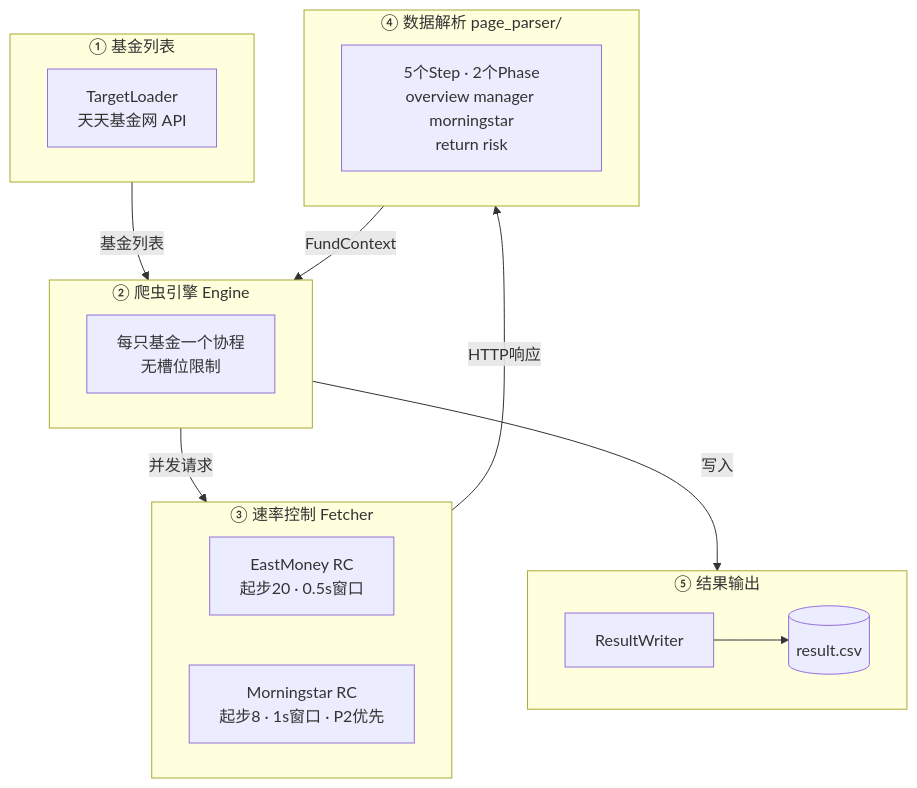
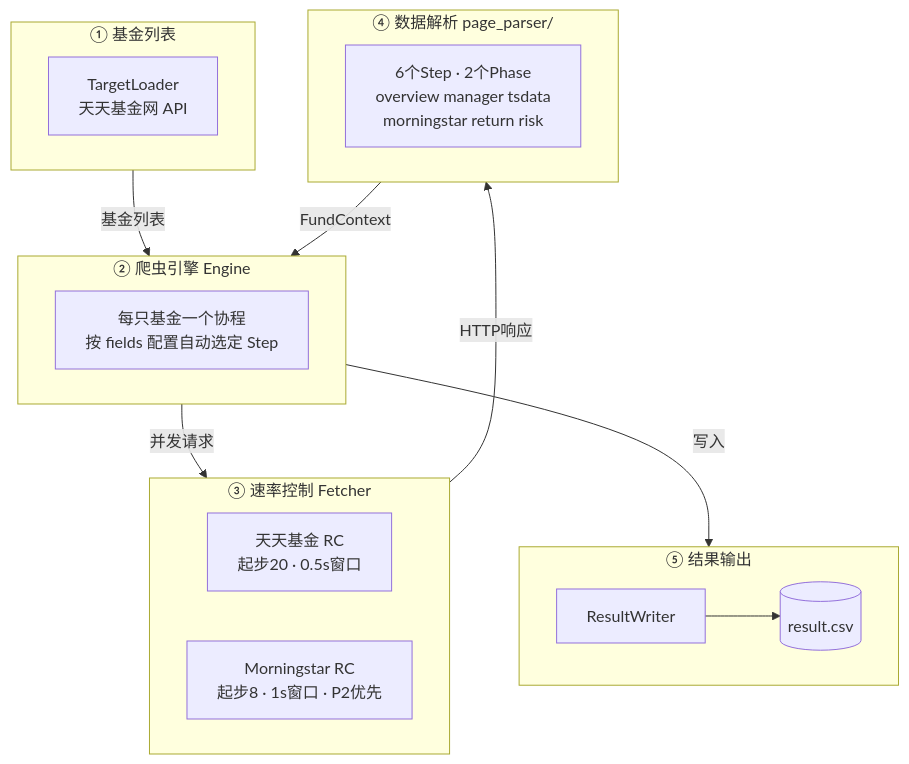
One commit to Jerry1014/FundCrawler changed the first of 2 diagrams in README.md. Above: the diagram before and after it, drawn with Mermaid. The commit also changed other lines of this file and 8 other files, not shown here.

Commit message:
rename: EastMoney/东方财富 -> Tiantian/天天基金 throughout codebase

````diff
--- a/README.md
+++ b/README.md
@@ -39,31 +43,31 @@
 ```mermaid
 flowchart TB
     subgraph 输入["① 基金列表"]
         TL[TargetLoader<br/>天天基金网 API]
     end
 
     subgraph 核心["② 爬虫引擎 Engine"]
-        E[每只基金一个协程<br/>无槽位限制]
+        E[每只基金一个协程<br/>按 fields 配置自动选定 Step]
     end
 
     subgraph 网络["③ 速率控制 Fetcher"]
         direction LR
-        RC_EM[EastMoney RC<br/>起步20 · 0.5s窗口]
+        RC_EM[天天基金 RC<br/>起步20 · 0.5s窗口]
         RC_MS[Morningstar RC<br/>起步8 · 1s窗口 · P2优先]
     end
 
     subgraph 解析["④ 数据解析 page_parser/"]
         direction LR
-        STEPS[5个Step · 2个Phase<br/>overview manager morningstar<br/>return risk]
+        STEPS[6个Step · 2个Phase<br/>overview manager tsdata<br/>morningstar return risk]
     end
 
     subgraph 输出["⑤ 结果输出"]
         WR[ResultWriter] --> CSV[(result.csv)]
     end
 
     输入 -->|基金列表| 核心
     核心 -->|并发请求| 网络
     网络 -->|HTTP响应| 解析
     解析 -->|FundContext| 核心
     核心 -->|写入| 输出
 ```
````
